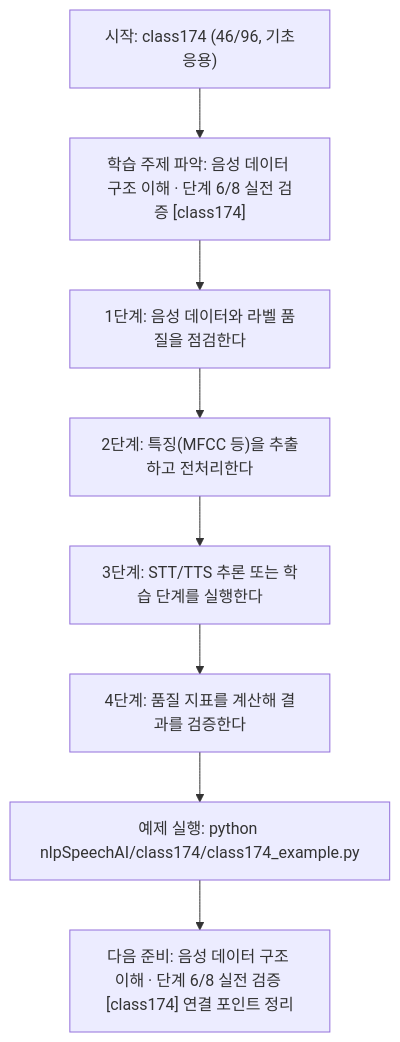
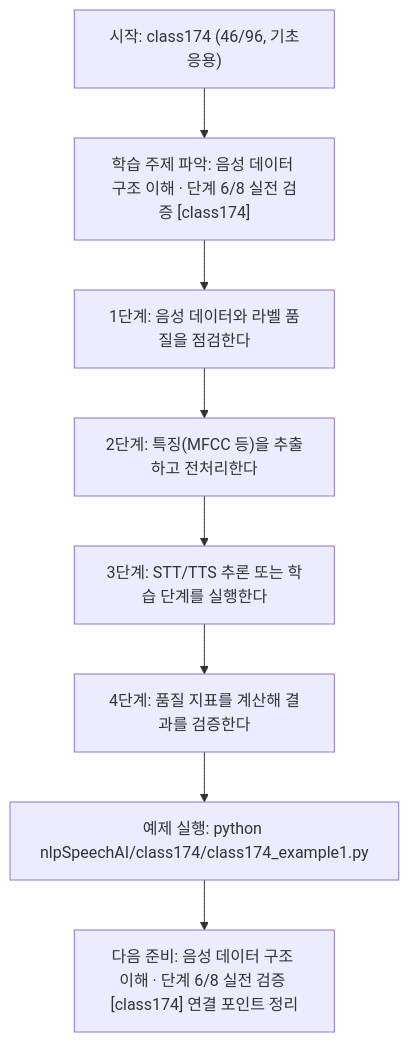
The diagram in nlpSpeechAI/class174/class174.md (edumgt/Python-AI_Agent-Class), drawn with Mermaid before and after one commit. The commit also changed other lines of this file and 2959 other files, not shown here.

````diff
--- a/nlpSpeechAI/class174/class174.md
+++ b/nlpSpeechAI/class174/class174.md
@@ -115,18 +115,18 @@
 ```mermaid
 flowchart TD
 N1["시작: class174 (46/96, 기초응용)"]
 N2["학습 주제 파악: 음성 데이터 구조 이해 · 단계 6/8 실전 검증 [class174]"]
 N3["1단계: 음성 데이터와 라벨 품질을 점검한다"]
 N4["2단계: 특징(MFCC 등)을 추출하고 전처리한다"]
 N5["3단계: STT/TTS 추론 또는 학습 단계를 실행한다"]
 N6["4단계: 품질 지표를 계산해 결과를 검증한다"]
-N7["예제 실행: python nlpSpeechAI/class174/class174_example.py"]
+N7["예제 실행: python nlpSpeechAI/class174/class174_example1.py"]
 N8["다음 준비: 음성 데이터 구조 이해 · 단계 6/8 실전 검증 [class174] 연결 포인트 정리"]
 N1 --> N2
 N2 --> N3
 N3 --> N4
 N4 --> N5
 N5 --> N6
 N6 --> N7
 N7 --> N8
 ```
````
